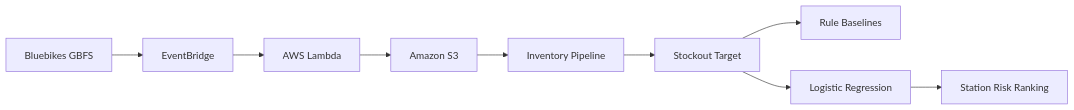
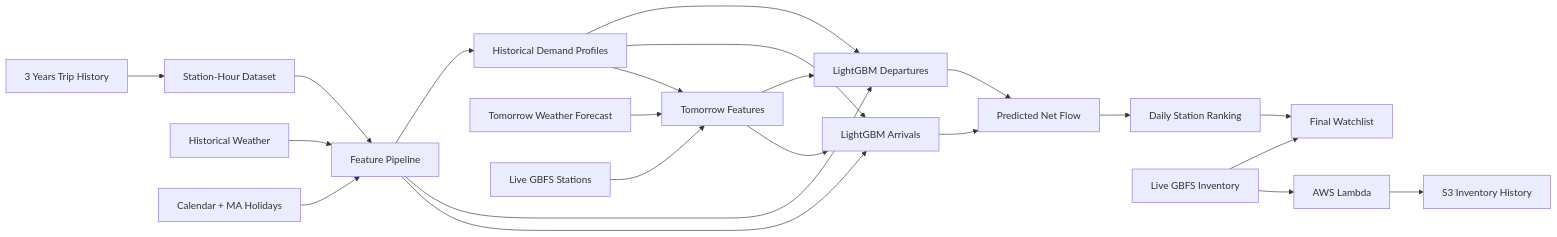
One commit to kcrokkam/bluebikes-intelligence changed the diagram in README.md. Above: the diagram before and after it, drawn with Mermaid. The commit also changed other lines of this file, not shown here.

Commit message:
Reframe README around next-day demand forecasting

````diff
--- a/README.md
+++ b/README.md
@@ -13,11 +205,27 @@
 ```mermaid
 flowchart LR
-    A[Bluebikes GBFS] --> B[EventBridge]
-    B --> C[AWS Lambda]
-    C --> D[Amazon S3]
-    D --> E[Inventory Pipeline]
-    E --> F[Stockout Target]
-    F --> G[Rule Baselines]
-    F --> H[Logistic Regression]
-    H --> I[Station Risk Ranking]
+    A[3 Years Trip History] --> B[Station-Hour Dataset]
+    C[Historical Weather] --> D[Feature Pipeline]
+    E[Calendar + MA Holidays] --> D
+    B --> D
+    D --> F[Historical Demand Profiles]
+    D --> G[LightGBM Departures]
+    D --> H[LightGBM Arrivals]
+    F --> G
+    F --> H
+    G --> I[Predicted Net Flow]
+    H --> I
+    I --> J[Daily Station Ranking]
+
+    K[Tomorrow Weather Forecast] --> L[Tomorrow Features]
+    M[Live GBFS Stations] --> L
+    F --> L
+    L --> G
+    L --> H
+
+    N[Live GBFS Inventory] --> O[Final Watchlist]
+    J --> O
+
+    N --> P[AWS Lambda]
+    P --> Q[S3 Inventory History]
 ```
````
